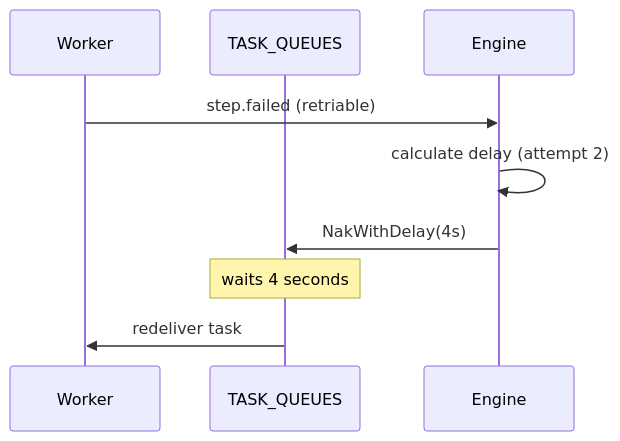
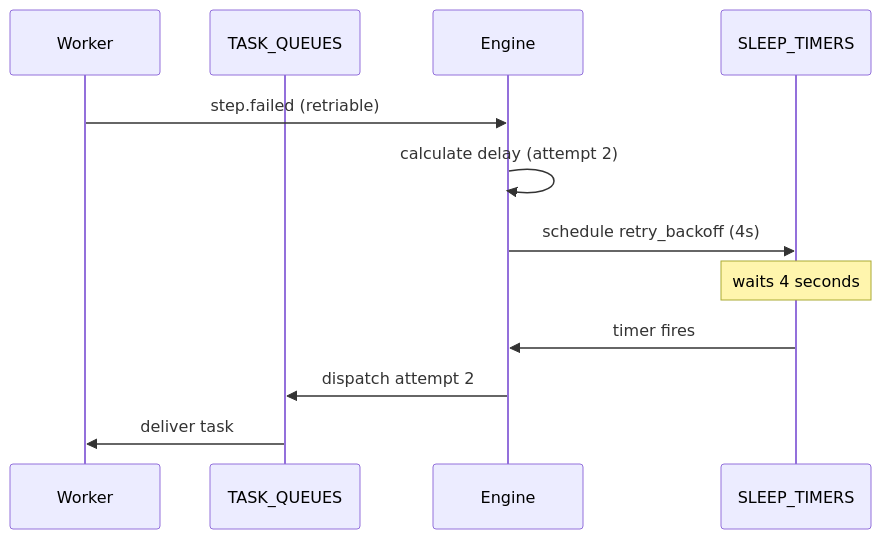
The diagram in docs/site/content/docs/reliability/retry-policies.md (danmestas/dagnats), drawn with Mermaid before and after one commit. The commit also changed other lines of this file and 32 other files, not shown here.

````diff
--- a/docs/site/content/docs/reliability/retry-policies.md
+++ b/docs/site/content/docs/reliability/retry-policies.md
@@ -75,12 +75,16 @@
 ```mermaid
 sequenceDiagram
     participant Worker
     participant NATS as TASK_QUEUES
     participant Engine
 
+    participant Timers as SLEEP_TIMERS
+
     Worker->>Engine: step.failed (retriable)
     Engine->>Engine: calculate delay (attempt 2)
-    Engine->>NATS: NakWithDelay(4s)
-    Note over NATS: waits 4 seconds
-    NATS->>Worker: redeliver task
+    Engine->>Timers: schedule retry_backoff (4s)
+    Note over Timers: waits 4 seconds
+    Timers->>Engine: timer fires
+    Engine->>NATS: dispatch attempt 2
+    NATS->>Worker: deliver task
 ```
````
